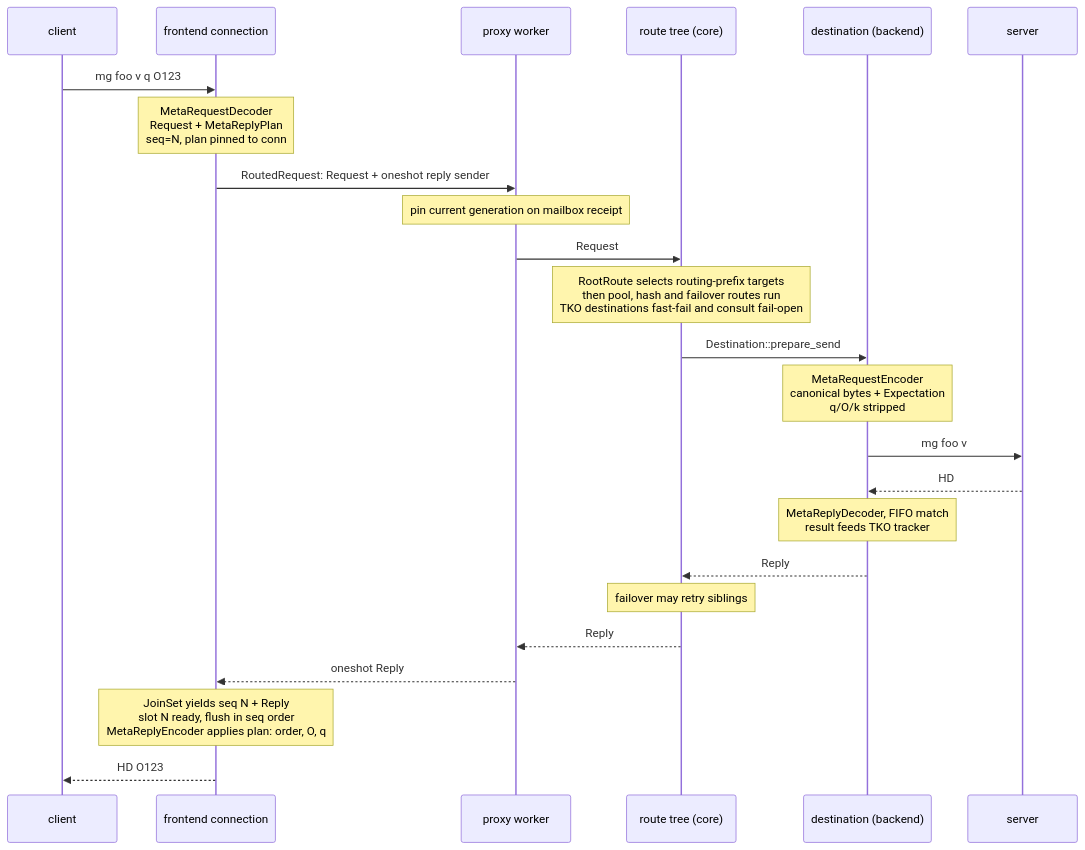
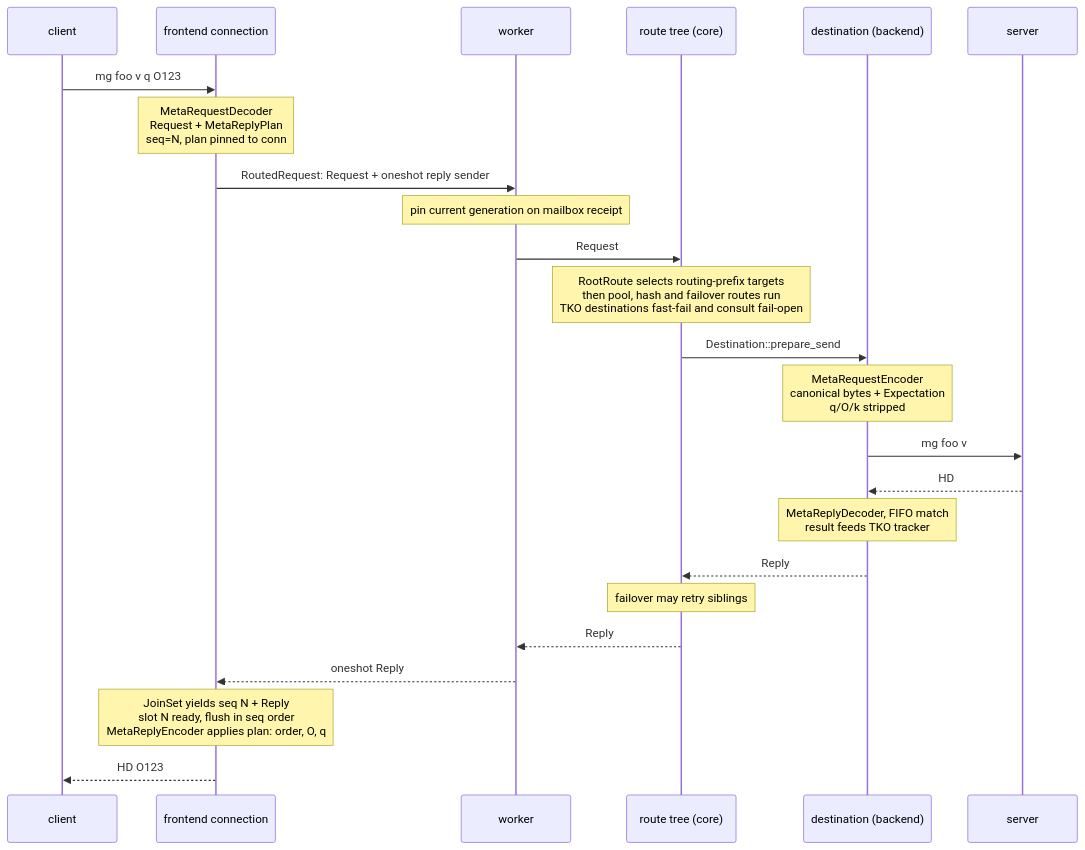
Before and after one commit to raydatray/rusty-mcrouter: the third of 3 diagrams in docs/architecture/README.md, drawn with Mermaid. The commit also changed other lines of this file and 31 other files, not shown here.

Commit message:
[2/3][worker] rename proxy crate and worker-facing declarations

````diff
--- a/docs/architecture/README.md
+++ b/docs/architecture/README.md
@@ -213,27 +213,27 @@
 ```mermaid
 sequenceDiagram
     participant C as client
     participant F as frontend connection
-    participant P as proxy worker
+    participant P as worker
     participant R as route tree (core)
     participant D as destination (backend)
     participant S as server
 
     C->>F: mg foo v q O123
     Note over F: MetaRequestDecoder<br/>Request + MetaReplyPlan<br/>seq=N, plan pinned to conn
     F->>P: RoutedRequest: Request + oneshot reply sender
     Note over P: pin current generation on mailbox receipt
     P->>R: Request
     Note over R: RootRoute selects routing-prefix targets<br/>then pool, hash and failover routes run<br/>TKO destinations fast-fail and consult fail-open
     R->>D: Destination::prepare_send
     Note over D: MetaRequestEncoder<br/>canonical bytes + Expectation<br/>q/O/k stripped
     D->>S: mg foo v
     S-->>D: HD
     Note over D: MetaReplyDecoder, FIFO match<br/>result feeds TKO tracker
     D-->>R: Reply
     Note over R: failover may retry siblings
     R-->>P: Reply
     P-->>F: oneshot Reply
     Note over F: JoinSet yields seq N + Reply<br/>slot N ready, flush in seq order<br/>MetaReplyEncoder applies plan: order, O, q
     F-->>C: HD O123
 ```
````
